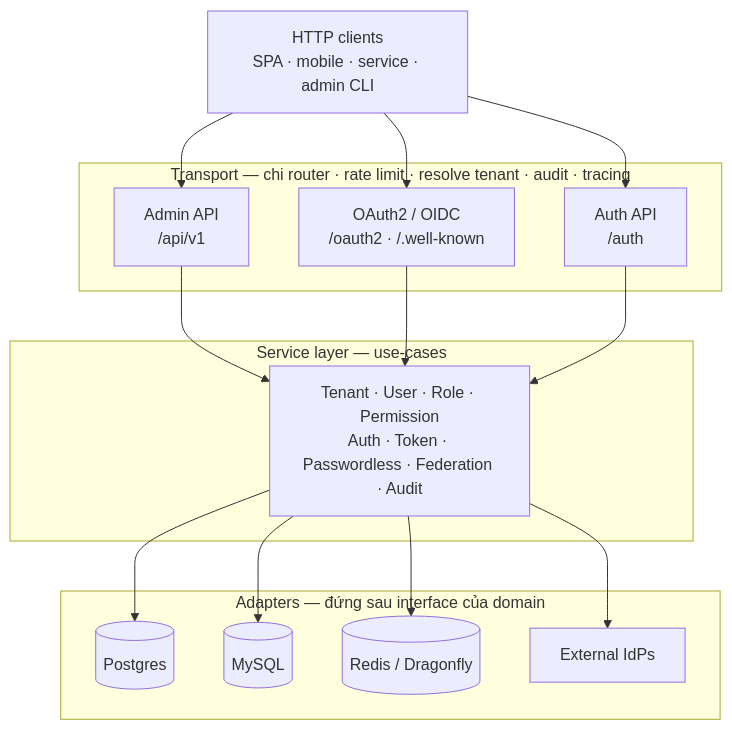
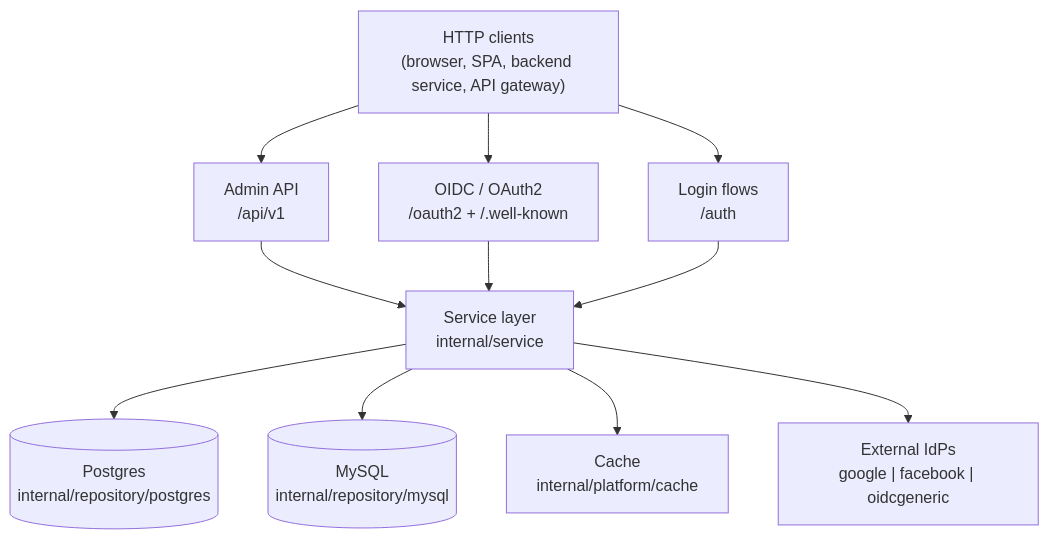
Before and after one commit to ndmt1at21/devlog: the diagram in posts/tu-viet-oauth2-oidc-provider-da-tenant.vi.md, drawn with Mermaid. The commit also changed other lines of this file and 9 other files, not shown here.

````diff
--- a/posts/tu-viet-oauth2-oidc-provider-da-tenant.vi.md
+++ b/posts/tu-viet-oauth2-oidc-provider-da-tenant.vi.md
@@ -78,21 +101,14 @@
 ```mermaid
-flowchart TB
-  C["HTTP clients<br/>SPA · mobile · service · admin CLI"]
-  subgraph T["Transport — chi router · rate limit · resolve tenant · audit · tracing"]
-    A1["Admin API<br/>/api/v1"]
-    A2["OAuth2 / OIDC<br/>/oauth2 · /.well-known"]
-    A3["Auth API<br/>/auth"]
-  end
-  subgraph S["Service layer — use-cases"]
-    SV["Tenant · User · Role · Permission<br/>Auth · Token · Passwordless · Federation · Audit"]
-  end
-  subgraph AD["Adapters — đứng sau interface của domain"]
-    PG[("Postgres")]
-    MY[("MySQL")]
-    CA[("Redis / Dragonfly")]
-    IDP["External IdPs"]
-  end
-  C --> A1 & A2 & A3
-  A1 & A2 & A3 --> SV
-  SV --> PG & MY & CA & IDP
+flowchart TD
+    C["HTTP clients<br/>(browser, SPA, backend service, API gateway)"]
+    C --> A1["Admin API<br/>/api/v1"]
+    C --> A2["OIDC / OAuth2<br/>/oauth2 + /.well-known"]
+    C --> A3["Login flows<br/>/auth"]
+    A1 --> S["Service layer<br/>internal/service"]
+    A2 --> S
+    A3 --> S
+    S --> PG[("Postgres<br/>internal/repository/postgres")]
+    S --> MY[("MySQL<br/>internal/repository/mysql")]
+    S --> CA["Cache<br/>internal/platform/cache"]
+    S --> IDP["External IdPs<br/>google | facebook | oidcgeneric"]
 ```
````
